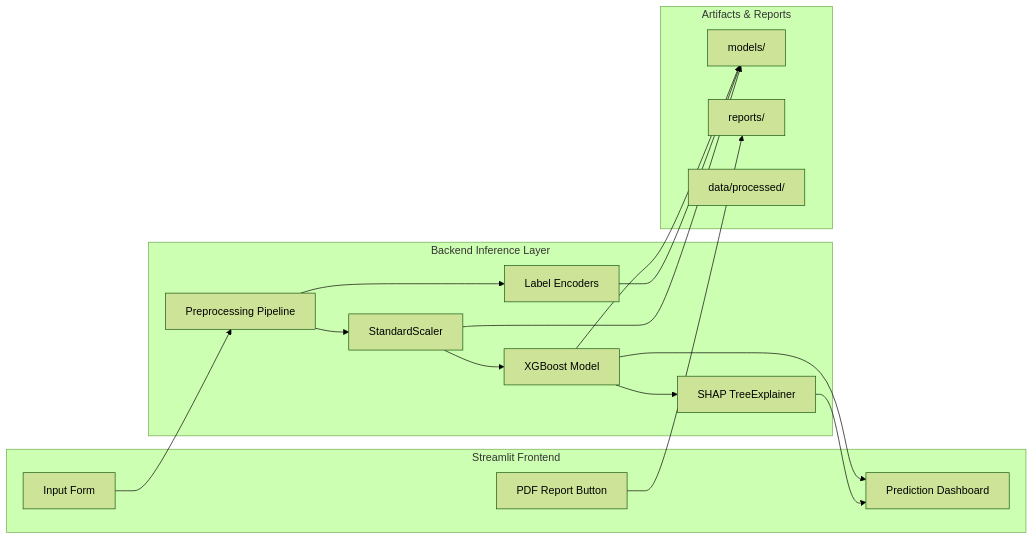
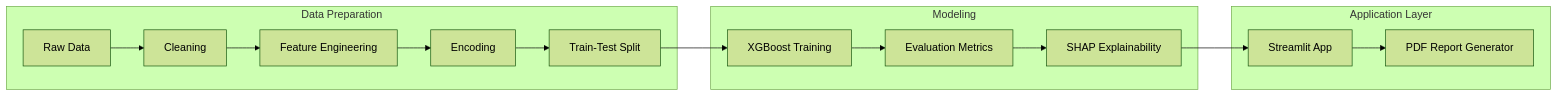
The first of 2 diagrams in README.md (aparnaworkspace/autism-diagnostic-support-tool), drawn with Mermaid (forest theme) before and after one commit. The commit also changed other lines of this file, not shown here.

````diff
--- a/README.md
+++ b/README.md
@@ -135,35 +106,27 @@
 ```mermaid
 flowchart LR
-    subgraph UI[Streamlit Frontend]
-        A1[Input Form]
-        A2[Prediction Dashboard]
-        A3[PDF Report Button]
+    subgraph PREP[Data Preparation]
+        A1[Raw Data]
+        A2[Cleaning]
+        A3[Feature Engineering]
+        A4[Encoding]
+        A5[Train-Test Split]
+        A1 --> A2 --> A3 --> A4 --> A5
     end
 
-    subgraph API[Backend Inference Layer]
-        B1[Preprocessing Pipeline]
-        B2[Label Encoders]
-        B3[StandardScaler]
-        B4[XGBoost Model]
-        B5[SHAP TreeExplainer]
+    subgraph MODEL[Modeling]
+        B1[XGBoost Training]
+        B2[Evaluation Metrics]
+        B3[SHAP Explainability]
+        B1 --> B2 --> B3
     end
 
-    subgraph Storage[Artifacts & Reports]
-        C1[models/]
-        C2[reports/]
-        C3[data/processed/]
+    subgraph APP[Application Layer]
+        C1[Streamlit App]
+        C2[PDF Report Generator]
     end
 
-    %% Connections
-    A1 --> B1
-    B1 --> B2
-    B1 --> B3
-    B3 --> B4
-    B4 --> B5
-    B4 --> A2
-    B5 --> A2
-    A3 --> C2
-    B4 --> C1
-    B2 --> C1
+    A5 --> B1
     B3 --> C1
+    C1 --> C2
 ```
````
